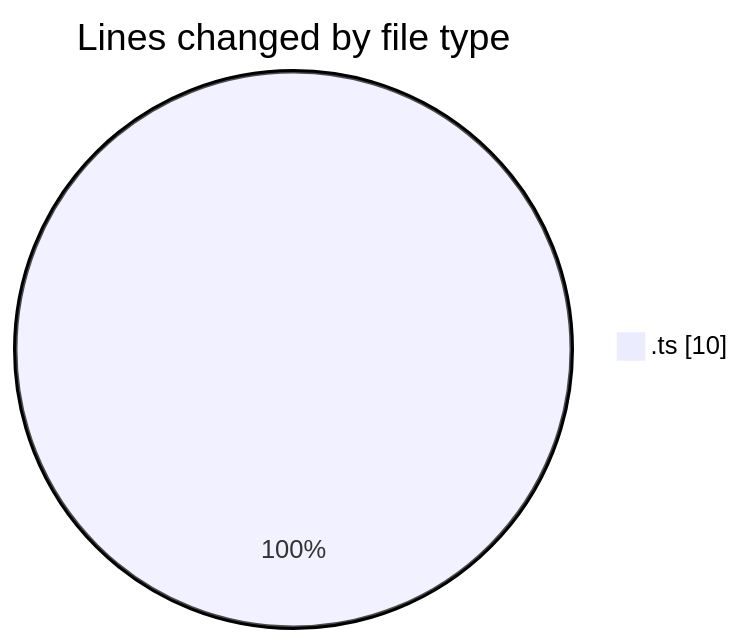
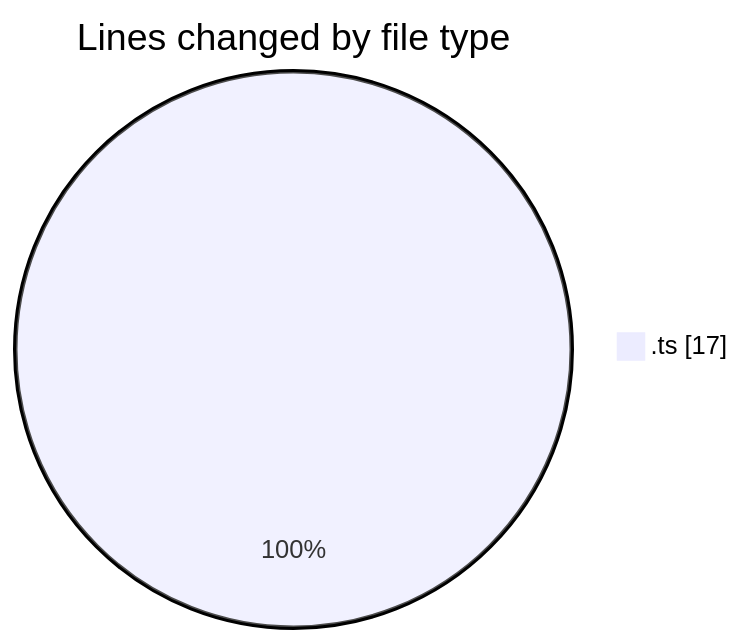
One commit to momahboobian/code-tracking changed the first of 2 diagrams in 2025-07-31/cda/README.md. Above: the diagram before and after it, drawn with Mermaid. The commit also changed other lines of this file and 1 other file, not shown here.

````diff
--- a/2025-07-31/cda/README.md
+++ b/2025-07-31/cda/README.md
@@ -20,5 +20,5 @@
 ```mermaid
 pie showData
 title Lines changed by file type
-".ts" : 10
+".ts" : 17
 ```
````
